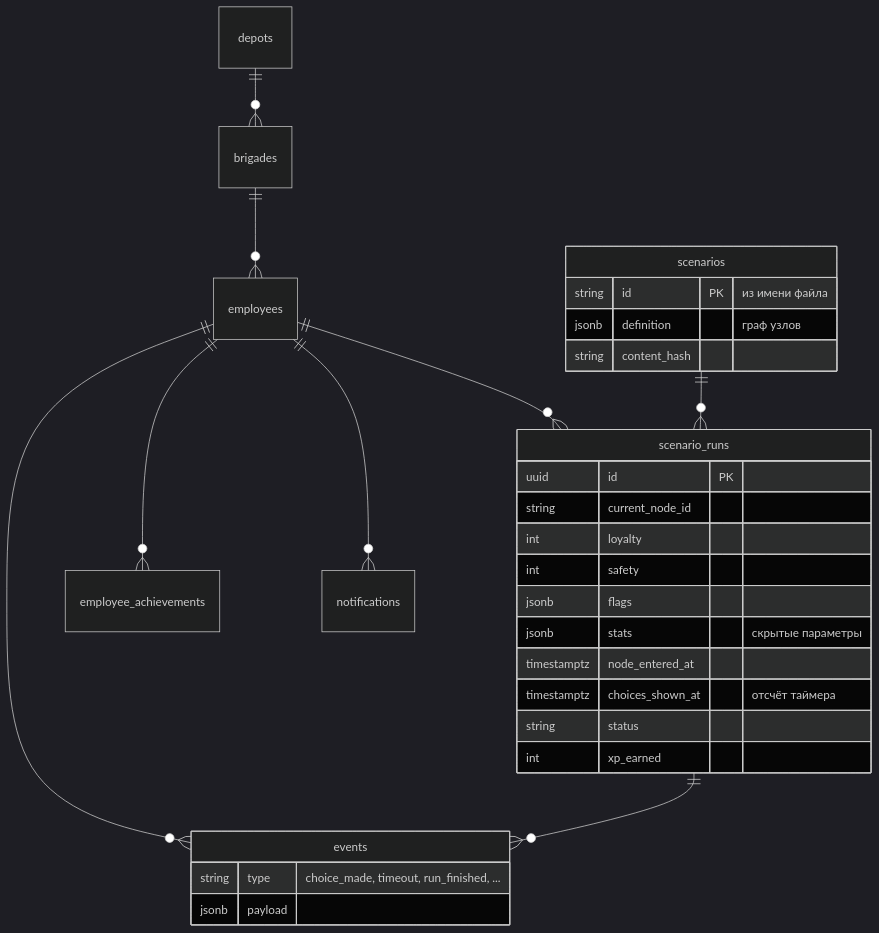
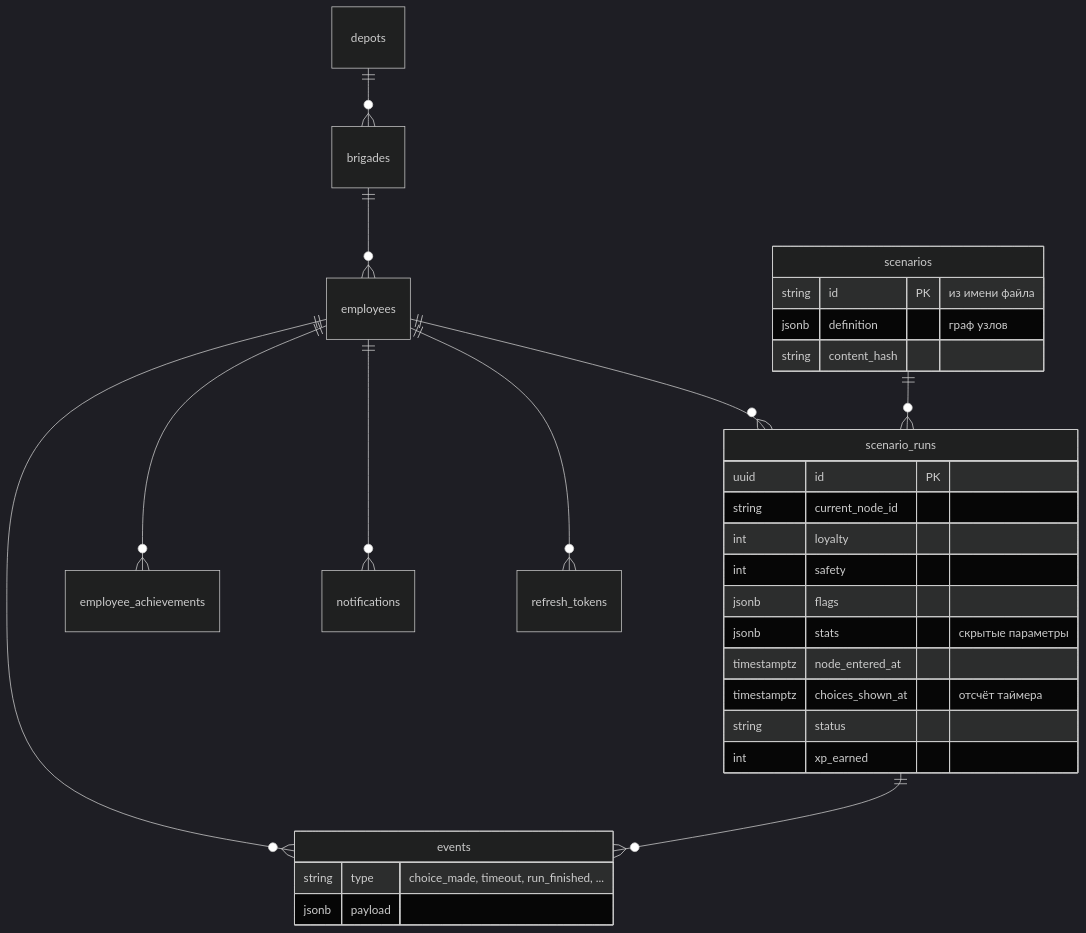
One commit to kelw1n25/vsm-trainer changed the second of 3 diagrams in docs/ARCHITECTURE.md. Above: the diagram before and after it, drawn with Mermaid (dark theme). The commit also changed other lines of this file and 9 other files, not shown here.

Commit message:
docs: мобильная версия — движок, безопасность, развёртывание, user flow, итоговый отчёт

````diff
--- a/docs/ARCHITECTURE.md
+++ b/docs/ARCHITECTURE.md
@@ -84,27 +120,28 @@
 ```mermaid
 erDiagram
     depots ||--o{ brigades : ""
     brigades ||--o{ employees : ""
     employees ||--o{ scenario_runs : ""
     scenarios ||--o{ scenario_runs : ""
     employees ||--o{ events : ""
     scenario_runs ||--o{ events : ""
     employees ||--o{ employee_achievements : ""
     employees ||--o{ notifications : ""
+    employees ||--o{ refresh_tokens : ""
 
     scenarios { string id PK "из имени файла"
                 jsonb definition "граф узлов"
                 string content_hash }
     scenario_runs { uuid id PK
                     string current_node_id
                     int loyalty
                     int safety
                     jsonb flags
                     jsonb stats "скрытые параметры"
                     timestamptz node_entered_at
                     timestamptz choices_shown_at "отсчёт таймера"
                     string status
                     int xp_earned }
     events { string type "choice_made, timeout, run_finished, ..."
              jsonb payload }
 ```
````
